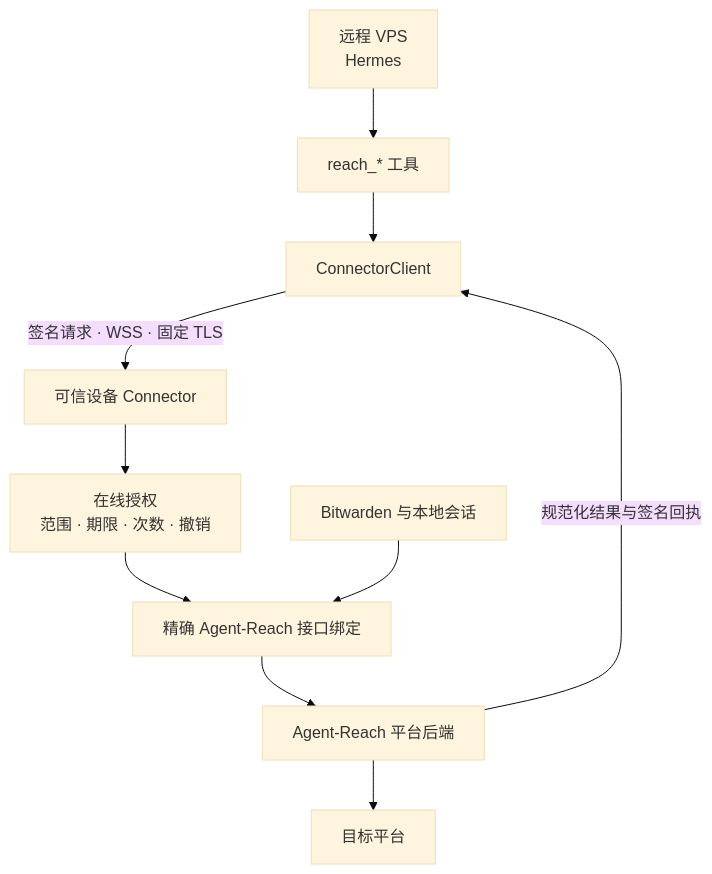
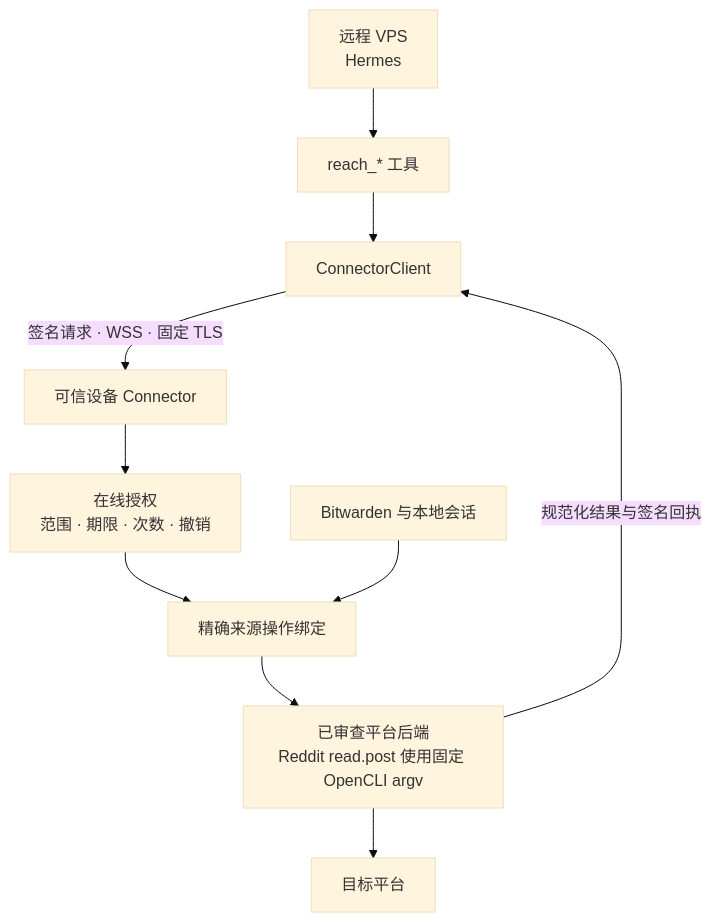
Before and after one commit to izumi0uu/hermes-reach: the second of 2 diagrams in README.md, drawn with Mermaid (base theme). The commit also changed other lines of this file and 11 other files, not shown here.

Commit message:
feat(connector): add exact Reddit post reader

````diff
--- a/README.md
+++ b/README.md
@@ -147,12 +149,12 @@
 ```mermaid
 flowchart TD
     VPS["远程 VPS<br/>Hermes"] --> Tools["reach_* 工具"]
     Tools --> Client["ConnectorClient"]
     Client -->|"签名请求 · WSS · 固定 TLS"| Service["可信设备 Connector"]
     Service --> Grant["在线授权<br/>范围 · 期限 · 次数 · 撤销"]
-    Grant --> Binding["精确 Agent-Reach 接口绑定"]
+    Grant --> Binding["精确来源操作绑定"]
     Secrets["Bitwarden 与本地会话"] --> Binding
-    Binding --> Backend["Agent-Reach 平台后端"]
+    Binding --> Backend["已审查平台后端<br/>Reddit read.post 使用固定 OpenCLI argv"]
     Backend --> Platform["目标平台"]
     Backend -->|"规范化结果与签名回执"| Client
 ```
````
